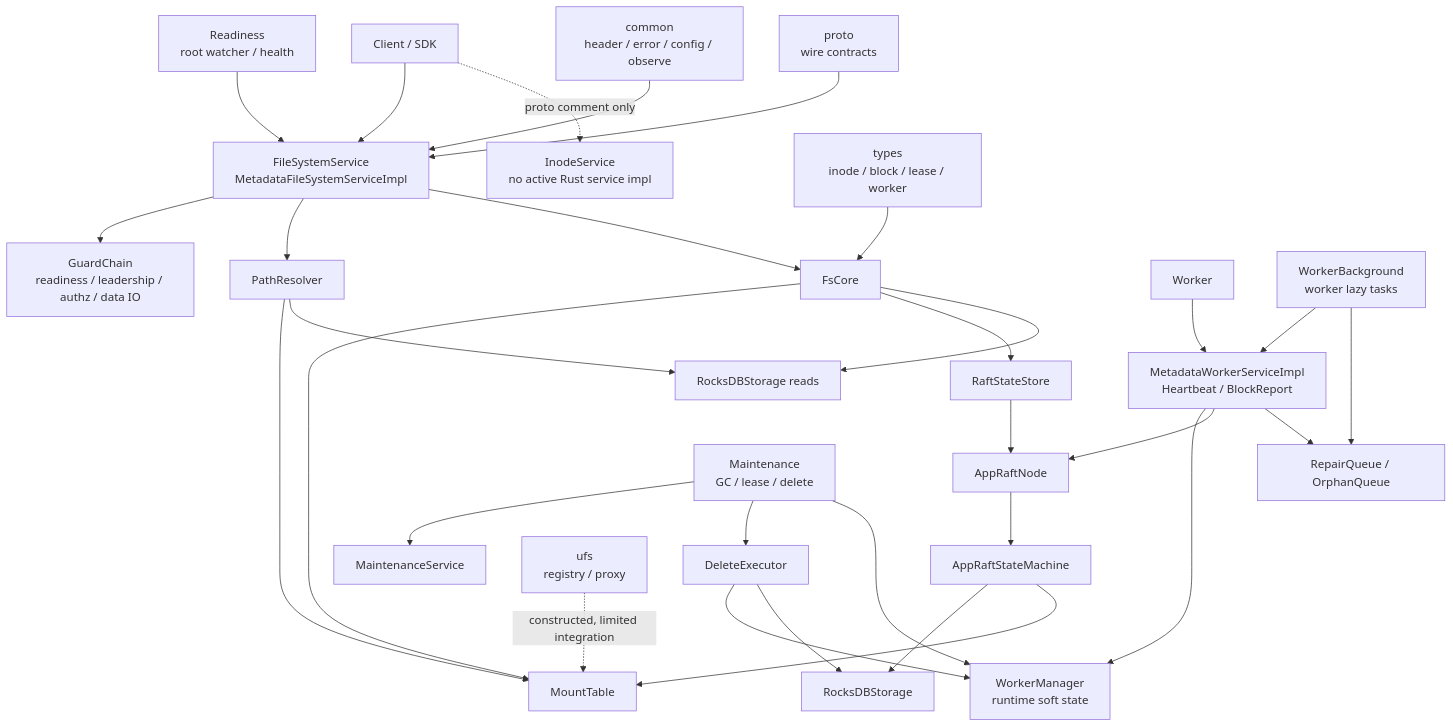
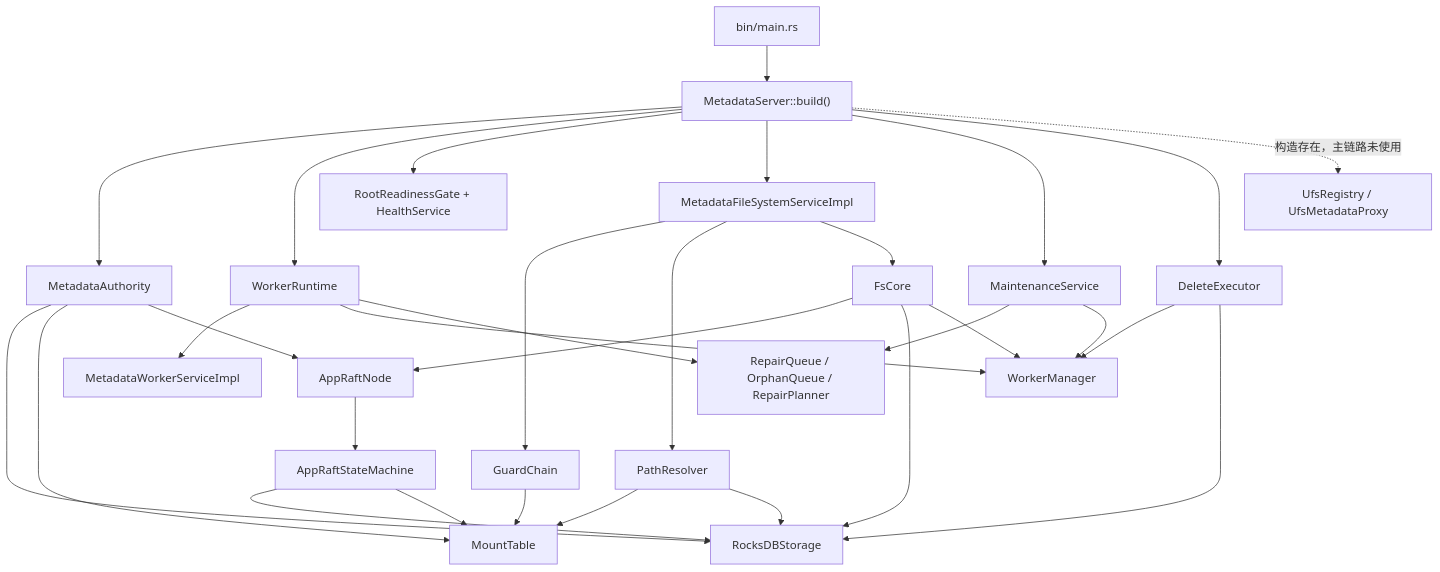
One commit to zouhuajian/beryl changed the first of 2 diagrams in metadata/README_ZH.md. Above: the diagram before and after it, drawn with Mermaid. The commit also changed other lines of this file and 24 other files, not shown here.

Commit message:
fix(metadata): fix authority identity and path correctness

````diff
--- a/metadata/README_ZH.md
+++ b/metadata/README_ZH.md
@@ -35,37 +22,37 @@
 ```mermaid
 flowchart TB
-    Client[Client / SDK] --> FS[FileSystemService<br/>MetadataFileSystemServiceImpl]
-    Client -. proto comment only .-> IS[InodeService<br/>no active Rust service impl]
-    FS --> Guard[GuardChain<br/>readiness / leadership / authz / data IO]
-    FS --> Resolver[PathResolver]
-    Resolver --> Mount[MountTable]
-    Resolver --> StoreRead[RocksDBStorage reads]
-    FS --> Core[FsCore]
-
-    Core --> Mount
-    Core --> StateStore[RaftStateStore]
-    Core --> StoreRead
-    StateStore --> RaftNode[AppRaftNode]
-    RaftNode --> SM[AppRaftStateMachine]
-    SM --> Rocks[RocksDBStorage]
+    Main["bin/main.rs"] --> Runtime["MetadataServer::build()"]
+    Runtime --> Authority["MetadataAuthority"]
+    Authority --> Storage["RocksDBStorage"]
+    Authority --> Mount["MountTable"]
+    Authority --> Raft["AppRaftNode"]
+    Raft --> SM["AppRaftStateMachine"]
+    SM --> Storage
     SM --> Mount
 
-    Worker[Worker] --> WorkerSvc[MetadataWorkerServiceImpl<br/>Heartbeat / BlockReport]
-    WorkerSvc --> WorkerMgr[WorkerManager<br/>runtime soft state]
-    WorkerSvc --> RaftNode
-    WorkerSvc --> Repair[RepairQueue / OrphanQueue]
+    Runtime --> WorkerRt["WorkerRuntime"]
+    WorkerRt --> WorkerSvc["MetadataWorkerServiceImpl"]
+    WorkerRt --> WorkerMgr["WorkerManager"]
+    WorkerRt --> Repair["RepairQueue / OrphanQueue / RepairPlanner"]
 
-    WorkerBg[WorkerBackground<br/>worker lazy tasks] --> WorkerSvc
-    WorkerBg --> Repair
-    Maintenance[Maintenance<br/>GC / lease / delete] --> MaintenanceSvc[MaintenanceService]
-    Maintenance --> DeleteExec[DeleteExecutor]
-    Readiness[Readiness<br/>root watcher / health] --> FS
-    Maintenance --> WorkerMgr
+    Runtime --> Ready["RootReadinessGate + HealthService"]
+    Runtime --> FS["MetadataFileSystemServiceImpl"]
+    FS --> Guard["GuardChain"]
+    FS --> Resolver["PathResolver"]
+    FS --> Core["FsCore"]
+    Guard --> Mount
+    Resolver --> Mount
+    Resolver --> Storage
+    Core --> Raft
+    Core --> Storage
+    Core --> WorkerMgr
+
+    Runtime --> Maint["MaintenanceService"]
+    Runtime --> DeleteExec["DeleteExecutor"]
+    Maint --> Repair
+    Maint --> WorkerMgr
     DeleteExec --> WorkerMgr
-    DeleteExec --> Rocks
+    DeleteExec --> Storage
 
-    Common[common<br/>header / error / config / observe] --> FS
-    Types[types<br/>inode / block / lease / worker] --> Core
-    Proto[proto<br/>wire contracts] --> FS
-    Ufs[ufs<br/>registry / proxy] -. constructed, limited integration .-> Mount
+    Runtime -. "构造存在，主链路未使用" .-> UFS["UfsRegistry / UfsMetadataProxy"]
 ```
````
